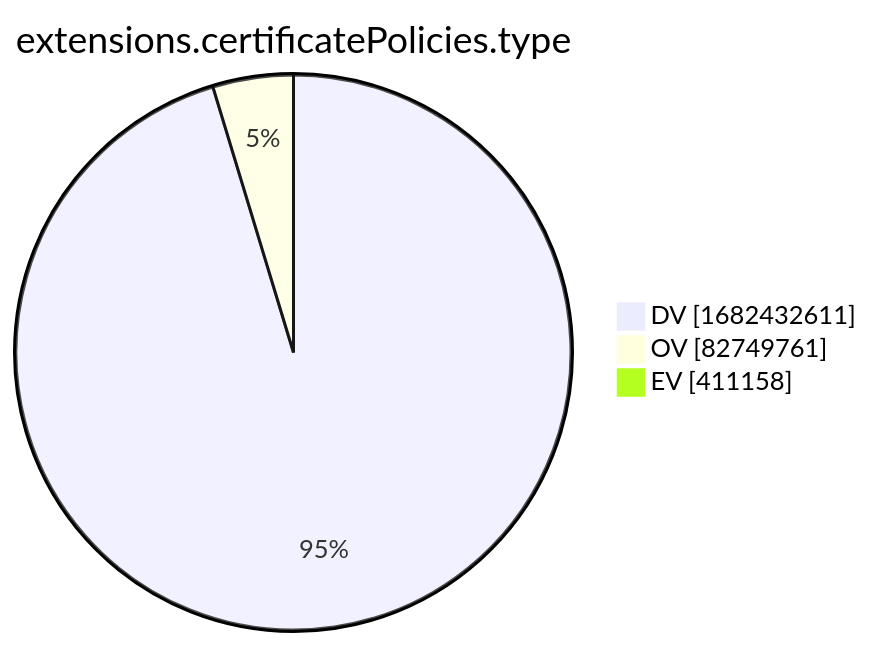
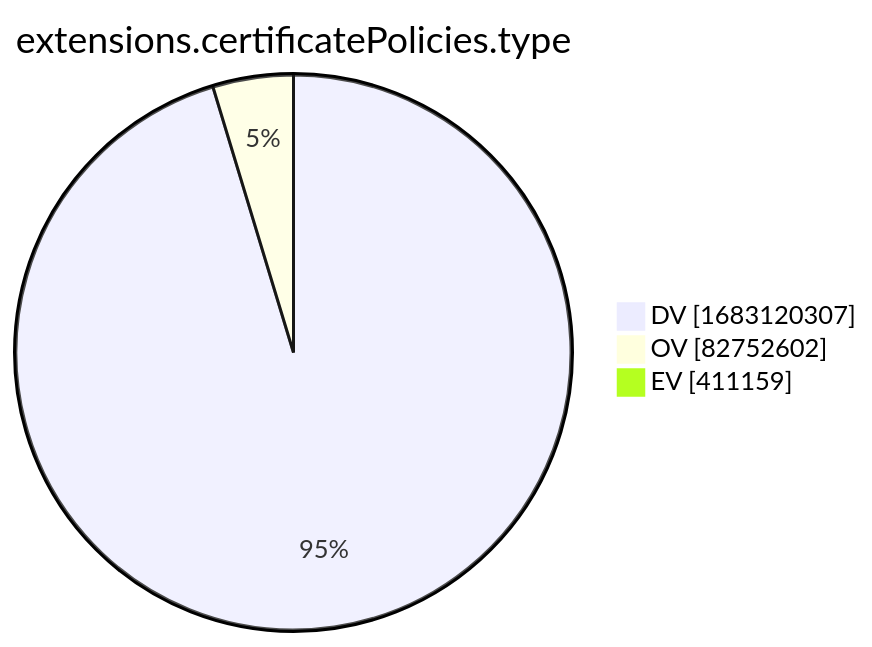
The tenth of 15 diagrams in xenon2022/README.md (christiankrug/ctmonitor_visualization), drawn with Mermaid before and after one commit. The commit also changed other lines of this file, not shown here.

````diff
--- a/xenon2022/README.md
+++ b/xenon2022/README.md
@@ -2881,7 +2881,7 @@
 ```mermaid
 pie showData
 title extensions.certificatePolicies.type
-"DV" :1682432611
-"OV" :82749761
-"EV" :411158
+"DV" :1683120307
+"OV" :82752602
+"EV" :411159
 ```
````
